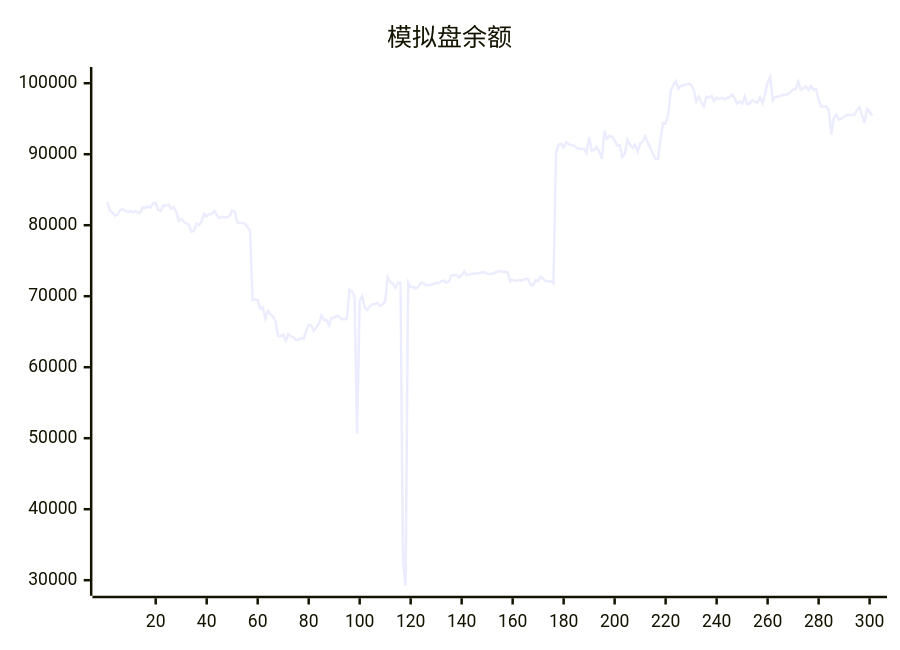
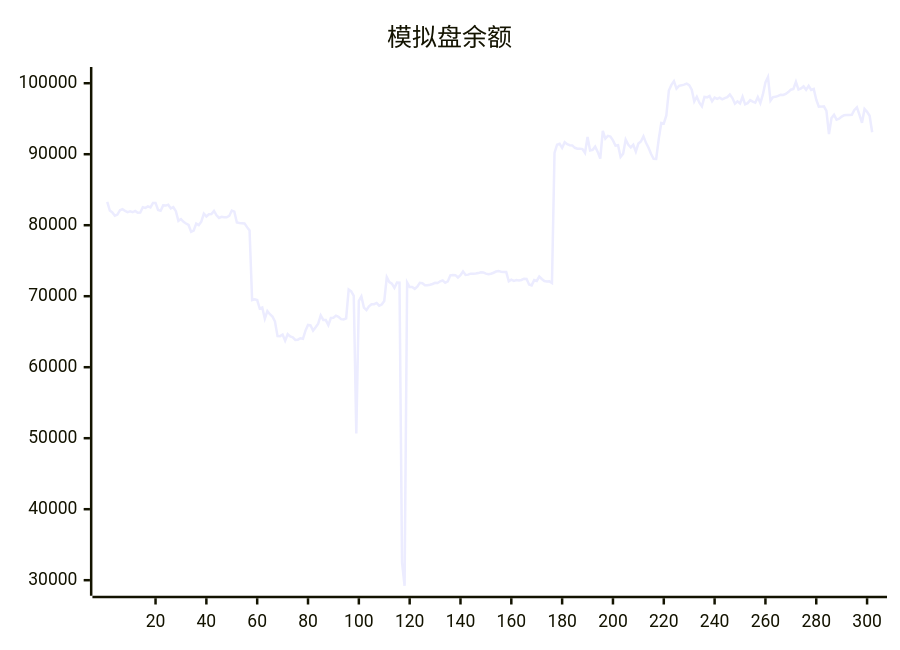
One commit to aahl/ai-trading changed the diagram in README.md. Above: the diagram before and after it, drawn with Mermaid. The commit also changed other lines of this file and 1 other file, not shown here.

````diff
--- a/README.md
+++ b/README.md
@@ -5,5 +5,5 @@
 ```mermaid
 xychart
     title "模拟盘余额"
-    line [83275,82072,81806,81344,81492,82109,82254,82006,81848,81955,81829,82022,81769,81776,82522,82441,82656,82498,83144,83144,82150,82038,82797,82763,82872,82367,82536,81981,80612,80862,80484,80242,80034,79063,79245,80226,80016,80507,81625,81233,81544,81578,82016,81401,81019,81186,81130,81118,81306,82066,81909,80392,80304,80291,80258,79729,79261,69466,69579,69456,68251,68415,66832,67911,67462,67144,66432,64380,64375,64606,63740,64647,64324,64216,63842,63877,64078,64008,65156,65945,65888,65157,65625,66144,67284,66653,66639,65924,66925,66956,67263,67108,66766,66729,66886,70927,70673,70049,50652,69334,69973,68400,68061,68578,68876,68879,69055,68662,68822,69329,72687,71999,71760,71162,71911,71896,32500,29218,71927,71297,71305,71044,71337,71883,71822,71536,71536,71622,71723,71880,71860,72100,72216,71887,72077,72940,72976,72966,72638,72948,73497,73004,73041,73173,73160,73186,73258,73375,73351,73173,73098,73161,73305,73474,73536,73457,73413,73412,72100,72333,72164,72272,72204,72285,72461,72421,71652,71521,72267,72157,72774,72424,72144,72060,72091,71858,90185,91338,91466,90900,91678,91404,91268,91244,90903,90779,90787,90721,90187,92429,90518,90619,91070,90328,89376,93286,92202,92581,92485,91947,91196,91259,89619,90086,92063,91355,90950,91327,90373,91498,91800,92531,91603,90910,90031,89351,89334,92097,94406,94315,95455,98972,99763,100286,99229,99622,99701,99805,99938,99738,99082,97430,98094,97267,96741,98081,98013,98194,97447,97983,97789,97969,97729,97911,98043,98405,97912,97120,97448,97154,98095,97021,97190,97616,97402,97263,98035,97210,98424,100120,100876,97552,98049,98085,98228,98388,98342,98488,98750,99086,99181,100188,99107,99272,99553,99072,99636,99061,99186,97674,96679,96704,96743,96096,92830,95088,95560,94866,94995,95295,95497,95531,95527,95559,96236,96597,95538,94422,96363,95972,95418]
+    line [83275,82072,81806,81344,81492,82109,82254,82006,81848,81955,81829,82022,81769,81776,82522,82441,82656,82498,83144,83144,82150,82038,82797,82763,82872,82367,82536,81981,80612,80862,80484,80242,80034,79063,79245,80226,80016,80507,81625,81233,81544,81578,82016,81401,81019,81186,81130,81118,81306,82066,81909,80392,80304,80291,80258,79729,79261,69466,69579,69456,68251,68415,66832,67911,67462,67144,66432,64380,64375,64606,63740,64647,64324,64216,63842,63877,64078,64008,65156,65945,65888,65157,65625,66144,67284,66653,66639,65924,66925,66956,67263,67108,66766,66729,66886,70927,70673,70049,50652,69334,69973,68400,68061,68578,68876,68879,69055,68662,68822,69329,72687,71999,71760,71162,71911,71896,32500,29218,71927,71297,71305,71044,71337,71883,71822,71536,71536,71622,71723,71880,71860,72100,72216,71887,72077,72940,72976,72966,72638,72948,73497,73004,73041,73173,73160,73186,73258,73375,73351,73173,73098,73161,73305,73474,73536,73457,73413,73412,72100,72333,72164,72272,72204,72285,72461,72421,71652,71521,72267,72157,72774,72424,72144,72060,72091,71858,90185,91338,91466,90900,91678,91404,91268,91244,90903,90779,90787,90721,90187,92429,90518,90619,91070,90328,89376,93286,92202,92581,92485,91947,91196,91259,89619,90086,92063,91355,90950,91327,90373,91498,91800,92531,91603,90910,90031,89351,89334,92097,94406,94315,95455,98972,99763,100286,99229,99622,99701,99805,99938,99738,99082,97430,98094,97267,96741,98081,98013,98194,97447,97983,97789,97969,97729,97911,98043,98405,97912,97120,97448,97154,98095,97021,97190,97616,97402,97263,98035,97210,98424,100120,100876,97552,98049,98085,98228,98388,98342,98488,98750,99086,99181,100188,99107,99272,99553,99072,99636,99061,99186,97674,96679,96704,96743,96096,92830,95088,95560,94866,94995,95295,95497,95531,95527,95559,96236,96597,95538,94422,96363,95972,95418,93094]
 ```
````
